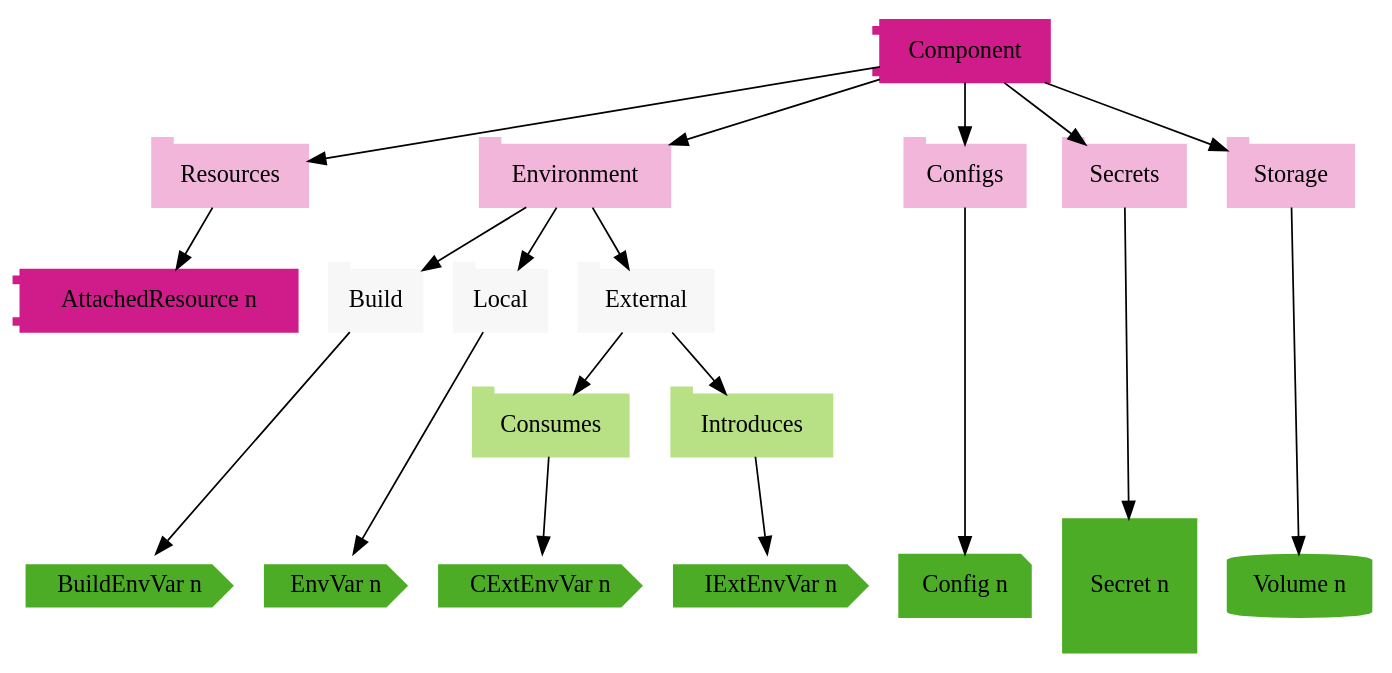
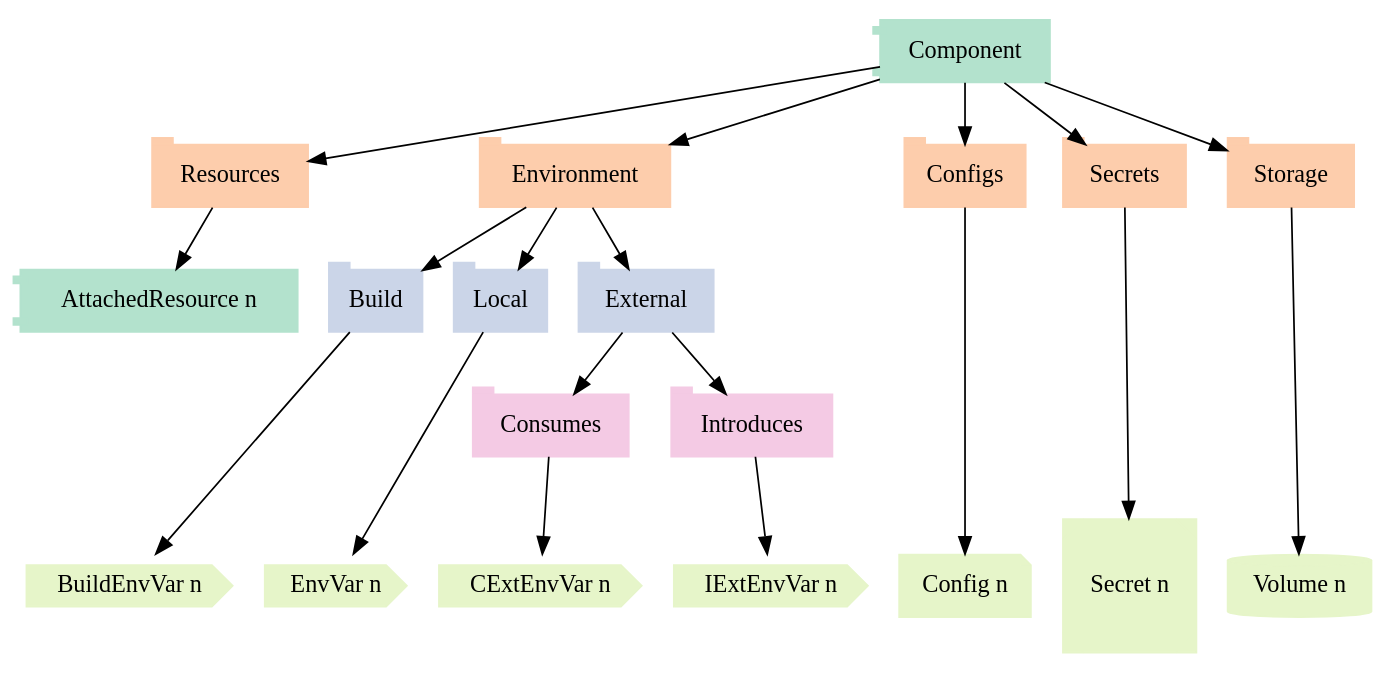
Before and after one commit to laetho/metagraf: the diagram in doc/component.gv, drawn with Graphviz. The commit also changed 2 other files, not shown here.

Commit message:
Changed colorscheme

```diff
--- a/doc/component.gv
+++ b/doc/component.gv
@@ -1,71 +1,71 @@
 digraph G {
     rankdir="lr"
-		node [colorscheme=piyg5,style="filled",color=black]
+		node [colorscheme=pastel25,style="filled",color=black]
 		splines="true";
     /* Entities */
     Component [shape=component,color=1]
 
     Resources [shape=tab,color=2]
     "AttachedResource n" [shape=component,color=1]
 
     Environment [shape=tab,color=2]
     Build [shape=tab,color=3]
     Local [shape=tab,color=3]
     External [shape=tab,color=3]
     Consumes [shape=tab,color=4]
     Introduces [shape=tab,color=4]
     "EnvVar n" [shape=cds,color=5]
     "BuildEnvVar n" [shape=cds,color=5]
     "CExtEnvVar n" [shape=cds,color=5]
     "IExtEnvVar n" [shape=cds,color=5]
 
     Configs [shape=tab,color=2]
     "Config n" [shape=note,color=5]
 
     Secrets [shape=tab,color=2]
     "Secret n" [shape=Msquare,color=5]
 
     Storage [shape=tab,color=2]
     "Volume n" [shape=cylinder,color=5]
 
     { rank=same; Resources Environment Configs Secrets Storage }
     { rank=same; Local External Build }
 		{ rank=same; Consumes Introduces }
 		{ rank=same; "EnvVar n" "BuildEnvVar n" "IExtEnvVar n" "CExtEnvVar n" "Config n" "Secret n" "Volume n" }
 
 
 
     //shortName [label="shortName", shape="|square,rectangle,circle,ellipse,triangle,plaintext,point,diamond,pentagon,hexagon,septagon,octagon,egg,trapezium,parallelogram,house,doublecircle,doubleoctagon,tripleoctagon,invtriangle,invtrapezium,invhouse,Mdiamond,Msquare,Mcircle,none,note,tab,folder,box3d|", URL="http://en.wikipedia.org/wiki/John de Fries"]
     
     /* Relationships */
     Component -> Resources
     Component -> Environment
     Component -> Configs
     Component -> Secrets
     Component -> Storage 
 
     Environment -> Build
     Environment -> Local
     Environment -> External
 
     Build -> "BuildEnvVar n"
     Local -> "EnvVar n"
 
     External -> Consumes
     External -> Introduces
 
     Consumes -> "CExtEnvVar n"
     Introduces -> "IExtEnvVar n"
 
     Configs -> "Config n"
 
     Secrets -> "Secret n"
 
     Resources -> "AttachedResource n"
 
     Storage -> "Volume n"
 
 
     /* Ranks */
     //{ rank=lr|same,min,max,# max is bottom|; shortName; };
 }
```
